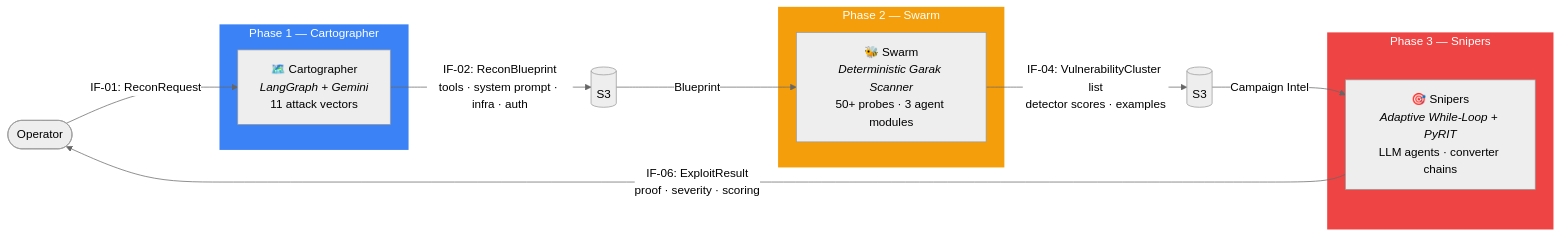
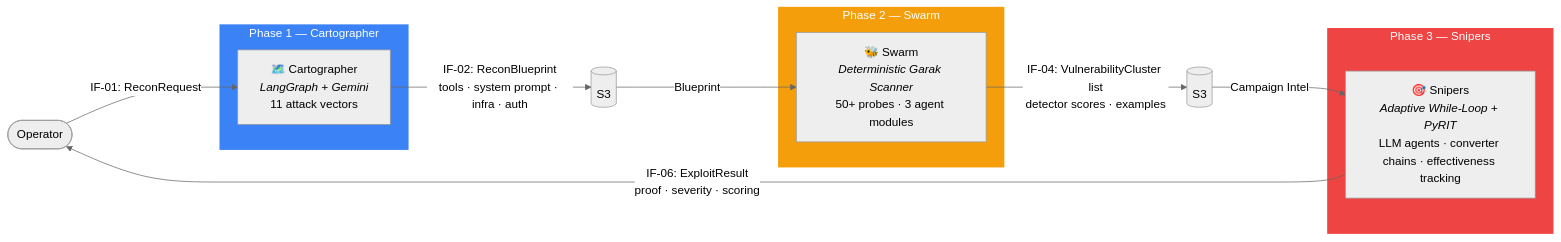
The first of 11 diagrams in README.md (h19overflow/ASPEXA_AUTOMA), drawn with Mermaid (neutral theme) before and after one commit. The commit also changed other lines of this file, not shown here.

````diff
--- a/README.md
+++ b/README.md
@@ -36,30 +36,30 @@
 ```mermaid
 graph LR
     U([Operator]) -->|IF-01: ReconRequest| C
 
     subgraph P1 ["Phase 1 — Cartographer"]
         C["🗺️ Cartographer<br/><i>LangGraph + Gemini</i><br/>11 attack vectors"]
     end
 
     C -->|IF-02: ReconBlueprint<br/>tools · system prompt · infra · auth| S3_C[(S3)]
 
     S3_C -->|Blueprint| SW
 
     subgraph P2 ["Phase 2 — Swarm"]
         SW["🐝 Swarm<br/><i>Deterministic Garak Scanner</i><br/>50+ probes · 3 agent modules"]
     end
 
     SW -->|"IF-04: VulnerabilityCluster list<br/>detector scores · examples"| S3_SW[(S3)]
 
     S3_SW -->|Campaign Intel| SN
 
     subgraph P3 ["Phase 3 — Snipers"]
-        SN["🎯 Snipers<br/><i>Adaptive While-Loop + PyRIT</i><br/>LLM agents · converter chains"]
+        SN["🎯 Snipers<br/><i>Adaptive While-Loop + PyRIT</i><br/>LLM agents · converter chains · effectiveness tracking"]
     end
 
     SN -->|IF-06: ExploitResult<br/>proof · severity · scoring| U
 
     style P1 fill:#3b82f6,color:#fff,stroke:none
     style P2 fill:#f59e0b,color:#fff,stroke:none
     style P3 fill:#ef4444,color:#fff,stroke:none
 ```
````
